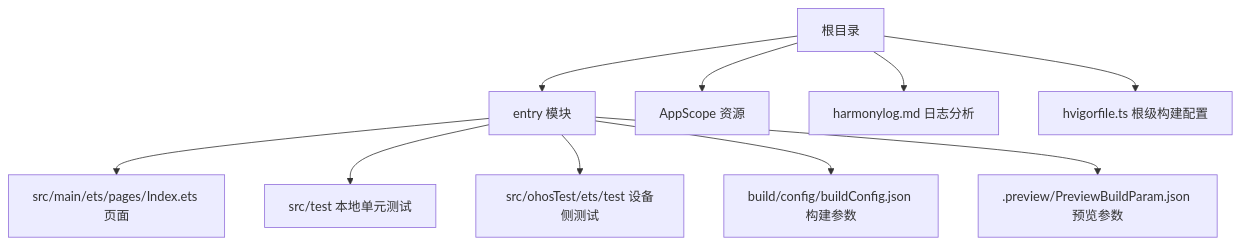
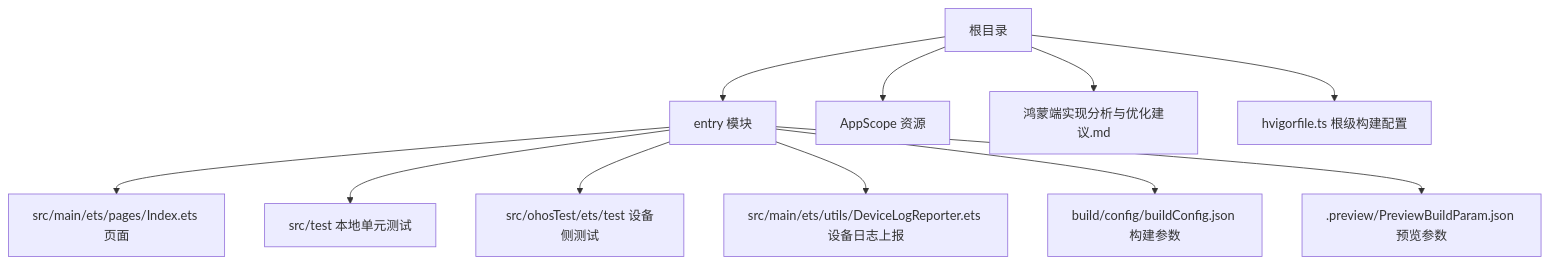
Before and after one commit to huz1xuan/harmony_XDY: the first of 7 diagrams in .qoder/repowiki/zh/content/测试与调试.md, drawn with Mermaid. The commit also changed other lines of this file and 15 other files, not shown here.

````diff
--- a/.qoder/repowiki/zh/content/测试与调试.md
+++ b/.qoder/repowiki/zh/content/测试与调试.md
@@ -36,12 +45,13 @@
 ```mermaid
 graph TB
 A["根目录"] --> B["entry 模块"]
 A --> C["AppScope 资源"]
-A --> D["harmonylog.md 日志分析"]
+A --> D["鸿蒙端实现分析与优化建议.md"]
 A --> E["hvigorfile.ts 根级构建配置"]
 B --> F["src/main/ets/pages/Index.ets 页面"]
 B --> G["src/test 本地单元测试"]
 B --> H["src/ohosTest/ets/test 设备侧测试"]
-B --> I["build/config/buildConfig.json 构建参数"]
-B --> J[".preview/PreviewBuildParam.json 预览参数"]
+B --> I["src/main/ets/utils/DeviceLogReporter.ets 设备日志上报"]
+B --> J["build/config/buildConfig.json 构建参数"]
+B --> K[".preview/PreviewBuildParam.json 预览参数"]
 ```
````
